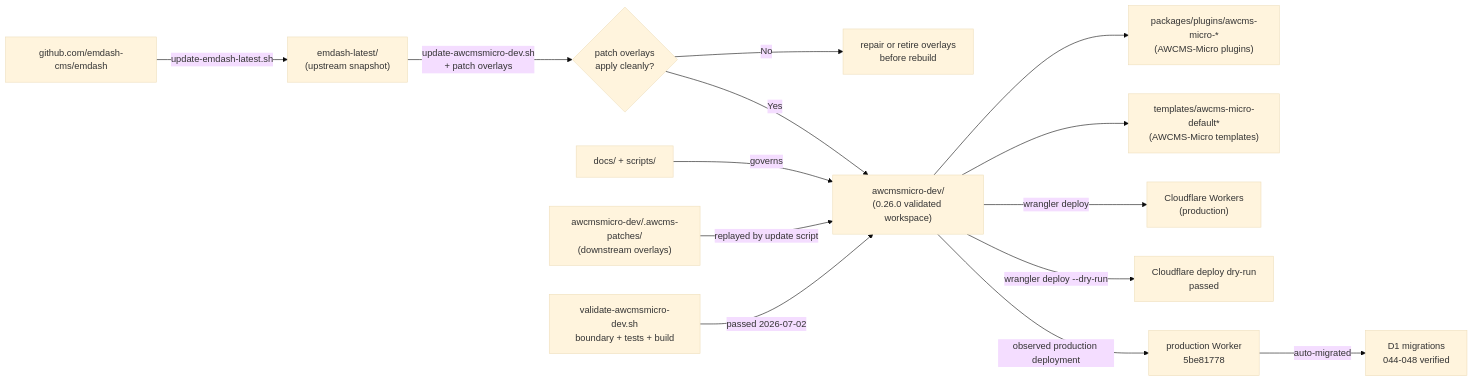
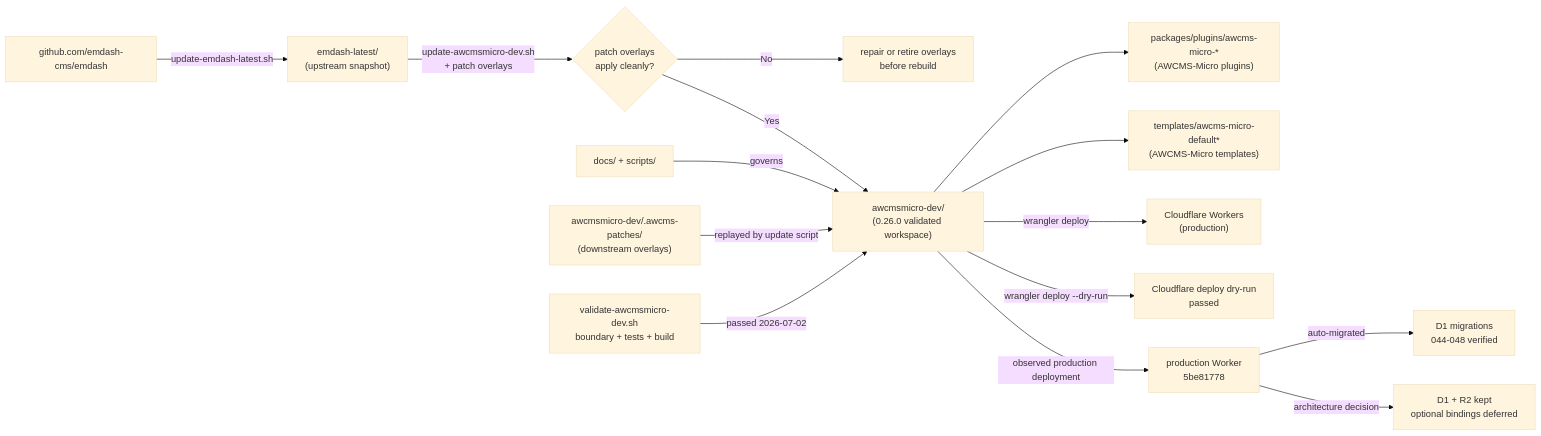
The first of 2 diagrams in README.md (ahliweb/awcms-micro), drawn with Mermaid (base theme) before and after one commit. The commit also changed other lines of this file and 9 other files, not shown here.

Commit message:
feat: update documentation and version for EmDash 0.26.0 sync; record Cloudflare architecture decisions and migration verification

````diff
--- a/README.md
+++ b/README.md
@@ -51,16 +51,17 @@
 ```mermaid
 flowchart LR
   GH["github.com/emdash-cms/emdash"] -->|"update-emdash-latest.sh"| Latest["emdash-latest/\n(upstream snapshot)"]
   Latest -->|"update-awcmsmicro-dev.sh\n+ patch overlays"| Gate{"patch overlays\napply cleanly?"}
   Gate -->|"No"| Blocked["repair or retire overlays\nbefore rebuild"]
   Gate -->|"Yes"| Dev["awcmsmicro-dev/\n(0.26.0 validated workspace)"]
   Dev --> Plugins["packages/plugins/awcms-micro-*\n(AWCMS-Micro plugins)"]
   Dev --> Templates["templates/awcms-micro-default*\n(AWCMS-Micro templates)"]
   Dev -->|"wrangler deploy"| CF["Cloudflare Workers\n(production)"]
   Docs["docs/ + scripts/"] -->|"governs"| Dev
   Patches["awcmsmicro-dev/.awcms-patches/\n(downstream overlays)"] -->|"replayed by update script"| Dev
   Validate["validate-awcmsmicro-dev.sh\nboundary + tests + build"] -->|"passed 2026-07-02"| Dev
   Dev -->|"wrangler deploy --dry-run"| DryRun["Cloudflare deploy dry-run\npassed"]
   Dev -->|"observed production deployment"| CF26["production Worker\n5be81778"]
   CF26 -->|"auto-migrated"| D1Migrations["D1 migrations\n044-048 verified"]
+  CF26 -->|"architecture decision"| CFDecision["D1 + R2 kept\noptional bindings deferred"]
 ```
````
